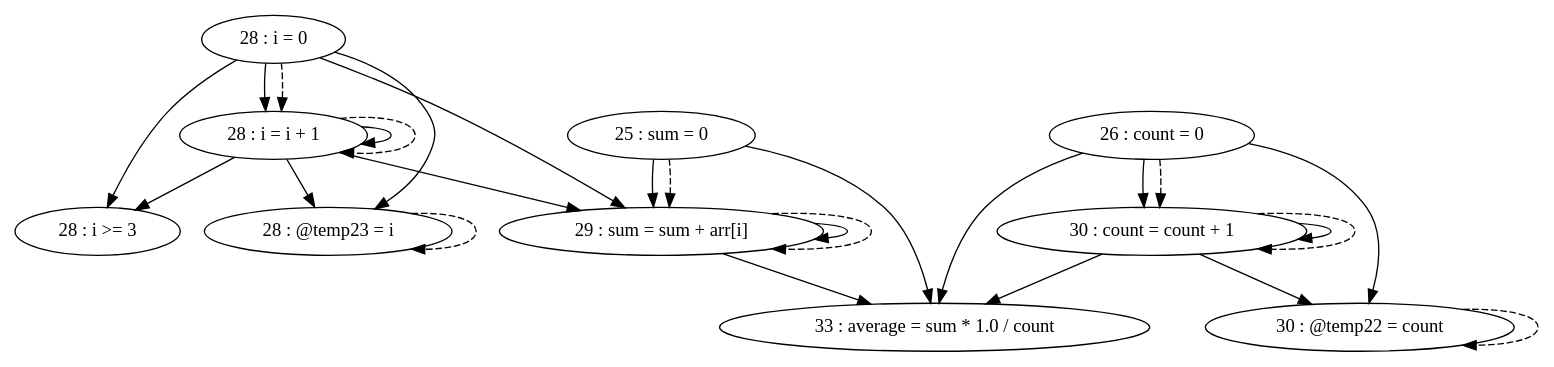
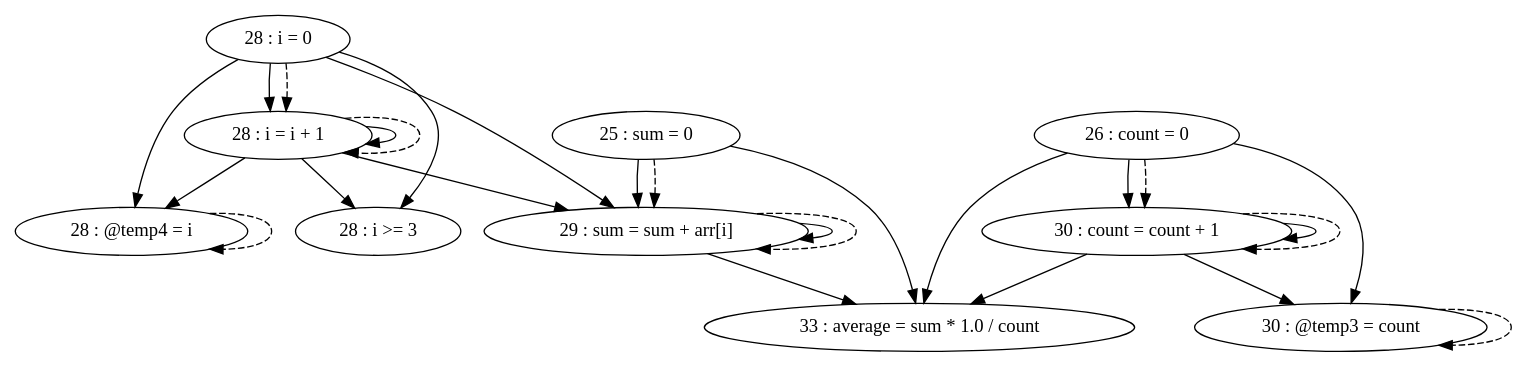
One commit to thomassimko/thesis-code-duplication changed the diagram in pdg/source/testFiles/TestCases/TestCase10/TestCase10-test2.gv. Above: the diagram before and after it, drawn with Graphviz. The commit also changed 3297 other files, not shown here.

```diff
--- a/pdg/source/testFiles/TestCases/TestCase10/TestCase10-test2.gv
+++ b/pdg/source/testFiles/TestCases/TestCase10/TestCase10-test2.gv
@@ -1,38 +1,38 @@
 digraph G {
 "25 : sum = 0"
+"25 : sum = 0" -> "33 : average = sum * 1.0 / count"
 "25 : sum = 0" -> "29 : sum = sum + arr[i]"
-"25 : sum = 0" -> "33 : average = sum * 1.0 / count"
 "25 : sum = 0" -> "29 : sum = sum + arr[i]" [style=dashed]
 "26 : count = 0"
 "26 : count = 0" -> "33 : average = sum * 1.0 / count"
-"26 : count = 0" -> "30 : @temp22 = count"
+"26 : count = 0" -> "30 : @temp3 = count"
 "26 : count = 0" -> "30 : count = count + 1"
 "26 : count = 0" -> "30 : count = count + 1" [style=dashed]
 "28 : i = 0"
+"28 : i = 0" -> "28 : i >= 3"
 "28 : i = 0" -> "29 : sum = sum + arr[i]"
-"28 : i = 0" -> "28 : @temp23 = i"
-"28 : i = 0" -> "28 : i >= 3"
 "28 : i = 0" -> "28 : i = i + 1"
+"28 : i = 0" -> "28 : @temp4 = i"
 "28 : i = 0" -> "28 : i = i + 1" [style=dashed]
 "28 : i >= 3"
 "29 : sum = sum + arr[i]"
+"29 : sum = sum + arr[i]" -> "33 : average = sum * 1.0 / count"
 "29 : sum = sum + arr[i]" -> "29 : sum = sum + arr[i]"
-"29 : sum = sum + arr[i]" -> "33 : average = sum * 1.0 / count"
 "29 : sum = sum + arr[i]" -> "29 : sum = sum + arr[i]" [style=dashed]
-"30 : @temp22 = count"
-"30 : @temp22 = count" -> "30 : @temp22 = count" [style=dashed]
+"30 : @temp3 = count"
+"30 : @temp3 = count" -> "30 : @temp3 = count" [style=dashed]
 "30 : count = count + 1"
 "30 : count = count + 1" -> "33 : average = sum * 1.0 / count"
-"30 : count = count + 1" -> "30 : @temp22 = count"
+"30 : count = count + 1" -> "30 : @temp3 = count"
 "30 : count = count + 1" -> "30 : count = count + 1"
 "30 : count = count + 1" -> "30 : count = count + 1" [style=dashed]
-"28 : @temp23 = i"
-"28 : @temp23 = i" -> "28 : @temp23 = i" [style=dashed]
+"28 : @temp4 = i"
+"28 : @temp4 = i" -> "28 : @temp4 = i" [style=dashed]
 "28 : i = i + 1"
+"28 : i = i + 1" -> "28 : i >= 3"
 "28 : i = i + 1" -> "29 : sum = sum + arr[i]"
-"28 : i = i + 1" -> "28 : @temp23 = i"
-"28 : i = i + 1" -> "28 : i >= 3"
 "28 : i = i + 1" -> "28 : i = i + 1"
+"28 : i = i + 1" -> "28 : @temp4 = i"
 "28 : i = i + 1" -> "28 : i = i + 1" [style=dashed]
 "33 : average = sum * 1.0 / count"
 }
```
